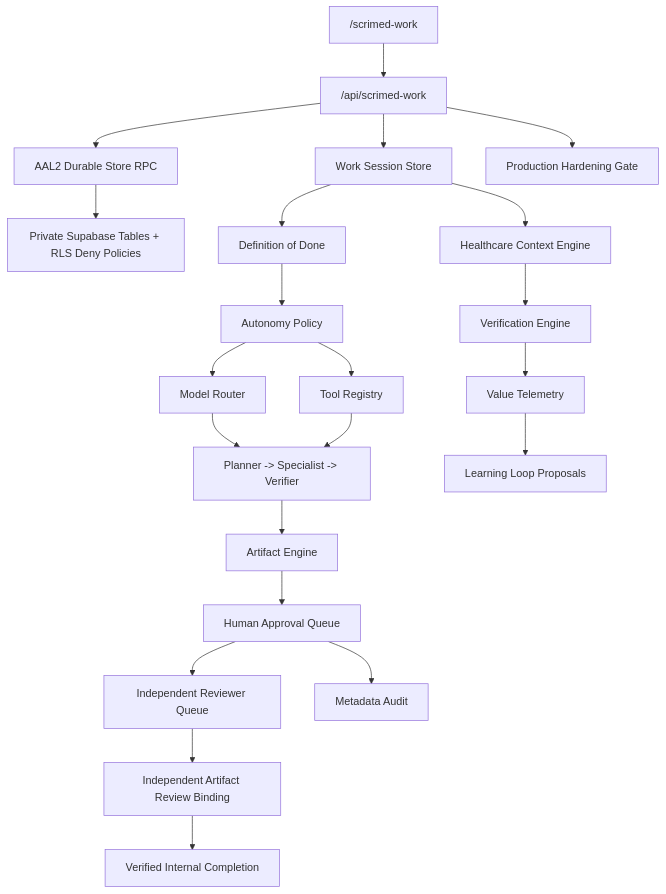
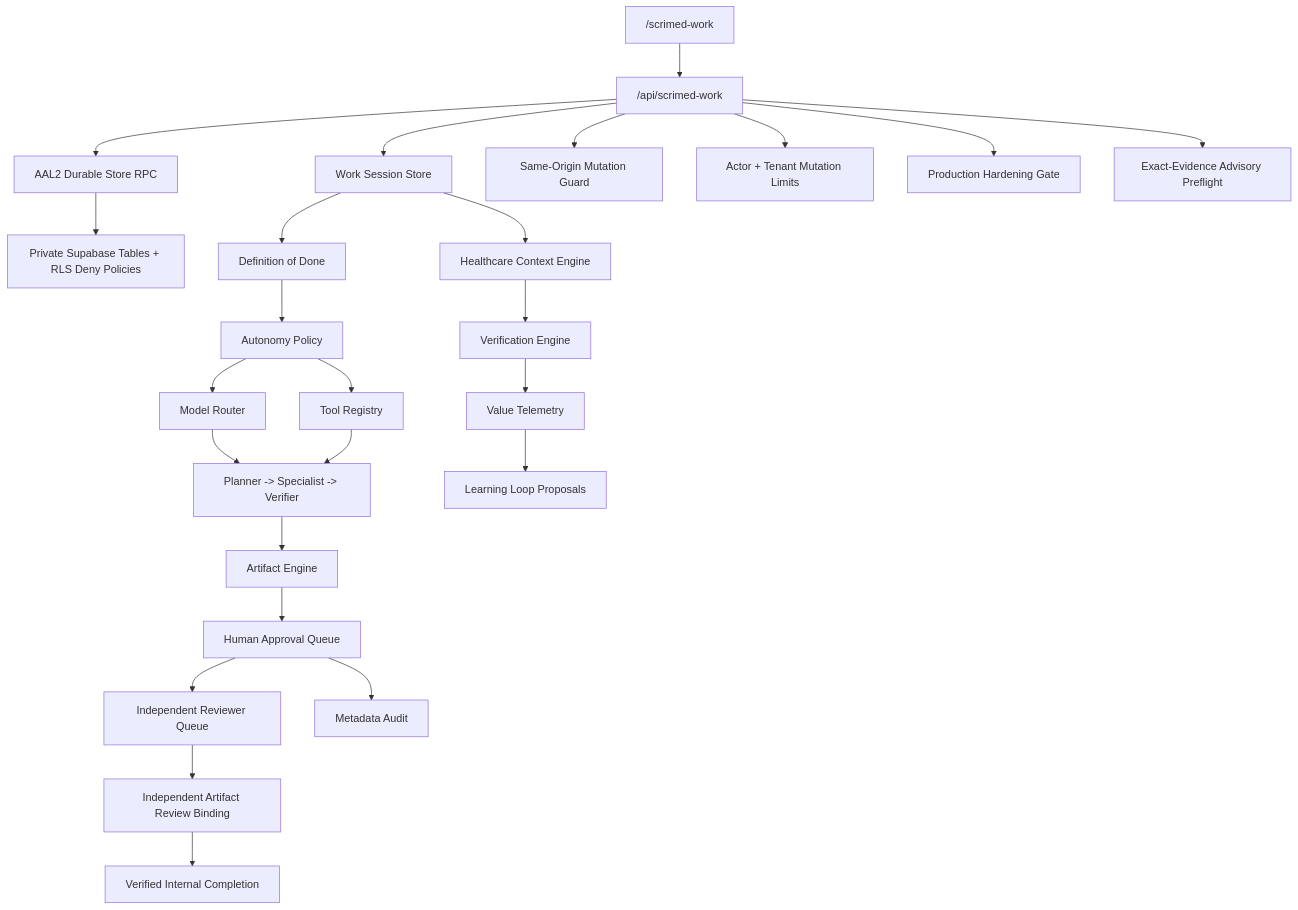
Before and after one commit to temitayodahunsi777/scrimed-site: the diagram in docs/scrimed-work.md, drawn with Mermaid. The commit also changed other lines of this file and 471 other files, not shown here.

````diff
--- a/docs/scrimed-work.md
+++ b/docs/scrimed-work.md
@@ -13,24 +69,27 @@
 ```mermaid
 flowchart TD
   UI["/scrimed-work"] --> API["/api/scrimed-work"]
   API --> Session["Work Session Store"]
   API --> Durable["AAL2 Durable Store RPC"]
+  API --> CSRF["Same-Origin Mutation Guard"]
+  API --> RateLimit["Actor + Tenant Mutation Limits"]
   API --> Hardening["Production Hardening Gate"]
+  API --> Preflight["Exact-Evidence Advisory Preflight"]
   Durable --> RLS["Private Supabase Tables + RLS Deny Policies"]
   Session --> Contract["Definition of Done"]
   Contract --> Policy["Autonomy Policy"]
   Policy --> Router["Model Router"]
   Policy --> Tools["Tool Registry"]
   Session --> Context["Healthcare Context Engine"]
   Context --> Verify["Verification Engine"]
   Router --> Agents["Planner -> Specialist -> Verifier"]
   Tools --> Agents
   Agents --> Artifact["Artifact Engine"]
   Artifact --> Approval["Human Approval Queue"]
   Approval --> Queue["Independent Reviewer Queue"]
   Queue --> Review["Independent Artifact Review Binding"]
   Review --> Complete["Verified Internal Completion"]
   Verify --> Telemetry["Value Telemetry"]
   Approval --> Audit["Metadata Audit"]
   Telemetry --> Learning["Learning Loop Proposals"]
 ```
````
